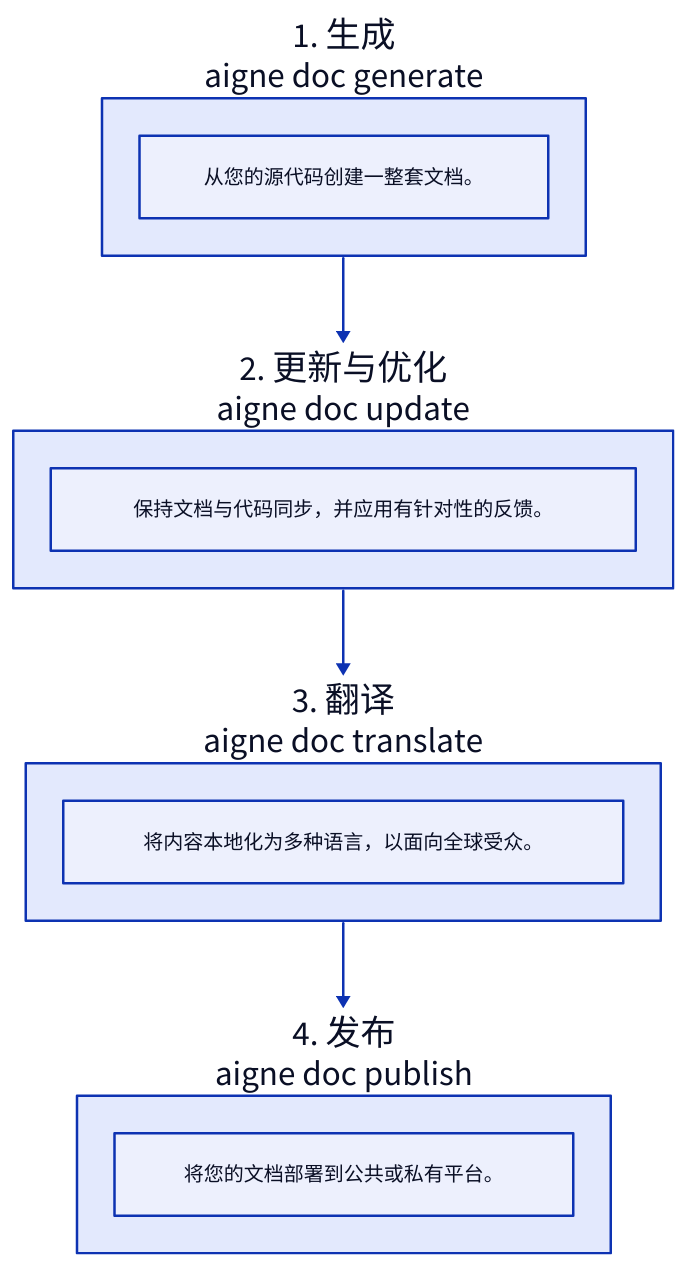
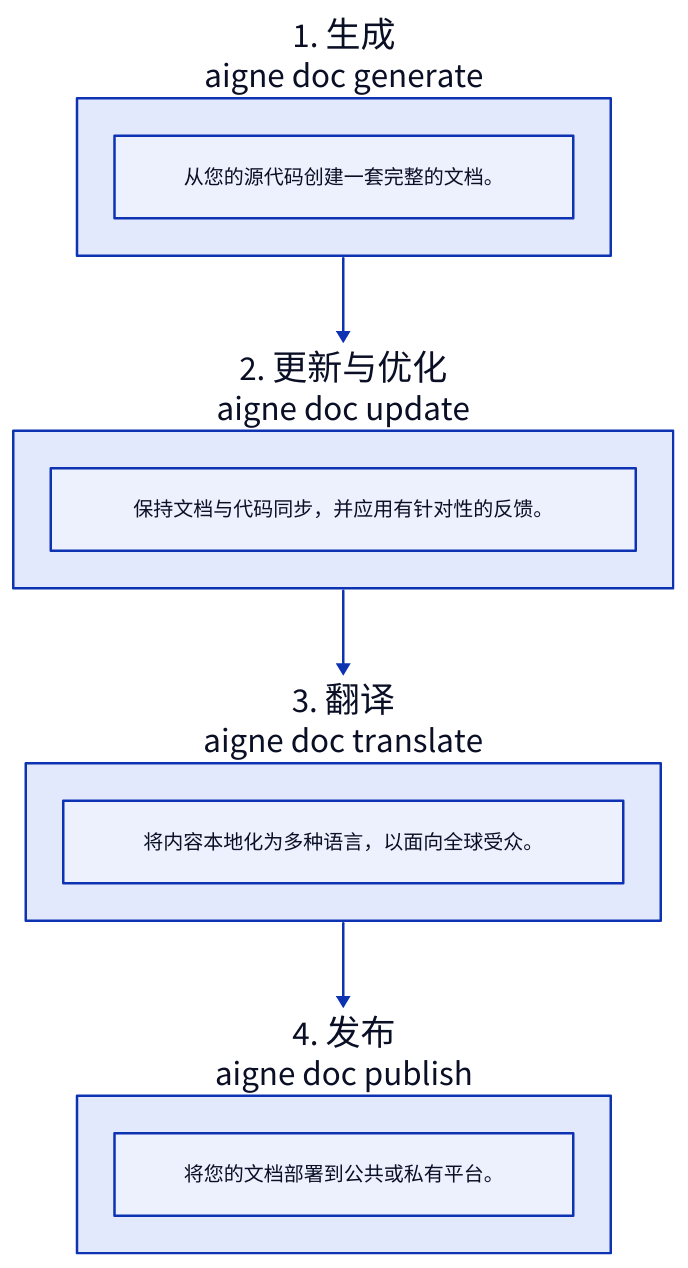
The diagram in docs/features.zh.md (AIGNE-io/aigne-doc-smith), drawn with D2 before and after one commit. The commit also changed other lines of this file and 52 other files, not shown here.

````diff
--- a/docs/features.zh.md
+++ b/docs/features.zh.md
@@ -5,29 +5,29 @@
 ```d2
 direction: down
 
 Generate: {
   label: "1. 生成\naigne doc generate"
   shape: rectangle
-  description: "从您的源代码创建一整套文档。"
+  description: "从您的源代码创建一套完整的文档。"
 }
 
 Refine: {
   label: "2. 更新与优化\naigne doc update"
   shape: rectangle
   description: "保持文档与代码同步，并应用有针对性的反馈。"
 }
 
 Translate: {
   label: "3. 翻译\naigne doc translate"
   shape: rectangle
   description: "将内容本地化为多种语言，以面向全球受众。"
 }
 
 Publish: {
   label: "4. 发布\naigne doc publish"
   shape: rectangle
   description: "将您的文档部署到公共或私有平台。"
 }
 
 Generate -> Refine -> Translate -> Publish
 ```
````
